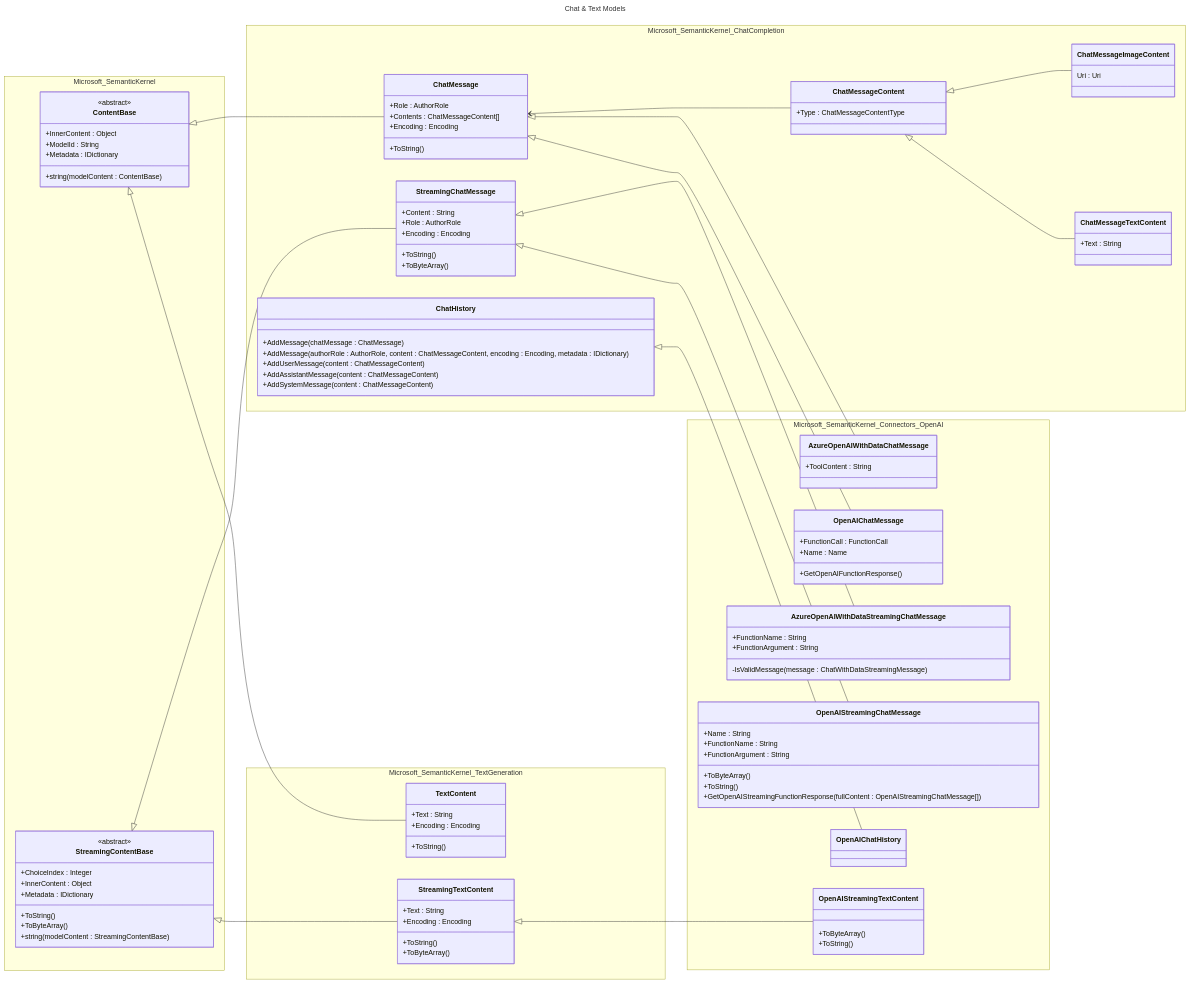
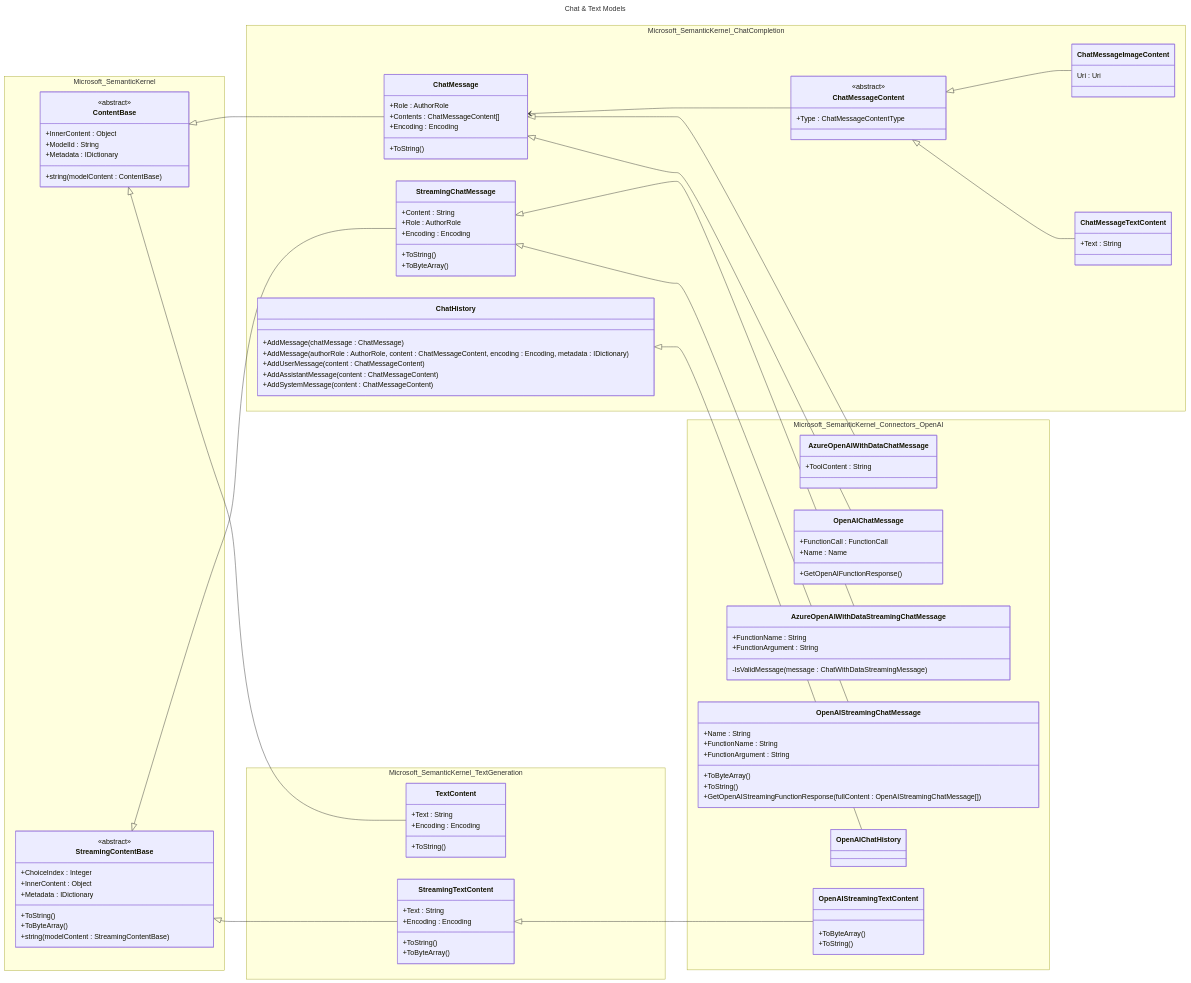
One commit to microsoft/semantic-kernel changed the diagram in docs/decisions/diagrams/chat-text-models-option-1.mmd. Above: the diagram before and after it, drawn with Mermaid. The commit also changed 4 other files, not shown here.

```diff
--- a/docs/decisions/diagrams/chat-text-models-option-1.mmd
+++ b/docs/decisions/diagrams/chat-text-models-option-1.mmd
@@ -1,128 +1,129 @@
 ---
 title: Chat & Text Models
 ---
 classDiagram
     %% Use https://mermaid.live/ to preview this diagram. The VS Code extension does not handle namespaces.
     direction LR
 
     namespace Microsoft_SemanticKernel {
         class ContentBase {
             <<abstract>>
             +InnerContent : Object
             +ModelId : String
             +Metadata : IDictionary
             +string(modelContent : ContentBase)
         }
 
         class StreamingContentBase {
             <<abstract>>
             +ChoiceIndex : Integer
             +InnerContent : Object
             +Metadata : IDictionary
             +ToString()
             +ToByteArray()
             +string(modelContent : StreamingContentBase)
         }
     }
 
     namespace Microsoft_SemanticKernel_TextGeneration {
         class TextContent {
             +Text : String
             +Encoding : Encoding
             +ToString()
         }
 
         class StreamingTextContent {
             +Text : String
             +Encoding : Encoding
             +ToString()
             +ToByteArray()
         }
     }
 
     namespace Microsoft_SemanticKernel_ChatCompletion {
         class ChatMessage {
             +Role : AuthorRole
             +Contents : ChatMessageContent[]
             +Encoding : Encoding
             +ToString()
         }
 
         class ChatMessageContent {
+            <<abstract>>
             +Type : ChatMessageContentType
         }
 
         class StreamingChatMessage {
             +Content : String
             +Role : AuthorRole
             +Encoding : Encoding
             +ToString()
             +ToByteArray()
         }
 
         class ChatHistory {
             +AddMessage(chatMessage : ChatMessage)
             +AddMessage(authorRole : AuthorRole, content : ChatMessageContent, encoding : Encoding, metadata : IDictionary)
             +AddUserMessage(content : ChatMessageContent)
             +AddAssistantMessage(content : ChatMessageContent)
             +AddSystemMessage(content : ChatMessageContent)
         }
 
         class ChatMessageTextContent {
             +Text : String
         }
 
         class ChatMessageImageContent {
             Uri : Uri
         }
     }
 
     namespace Microsoft_SemanticKernel_Connectors_OpenAI {
         class OpenAIChatMessage {
             +FunctionCall : FunctionCall
             +Name : Name
             +GetOpenAIFunctionResponse()
         }
 
         class AzureOpenAIWithDataChatMessage {
             +ToolContent : String
         }
 
         class OpenAIStreamingTextContent {
             +ToByteArray()
             +ToString()
         }
 
         class OpenAIStreamingChatMessage {
             +Name : String
             +FunctionName : String
             +FunctionArgument : String
             +ToByteArray()
             +ToString()
             +GetOpenAIStreamingFunctionResponse(fullContent : OpenAIStreamingChatMessage[])
         }
 
         class AzureOpenAIWithDataStreamingChatMessage {
             +FunctionName : String
             +FunctionArgument : String
             -IsValidMessage(message : ChatWithDataStreamingMessage)
         }
 
         class OpenAIChatHistory {
 
         }
     }
 
     ContentBase <|-- TextContent
     ContentBase <|-- ChatMessage
     ChatMessage <|-- OpenAIChatMessage
     ChatMessage <|-- AzureOpenAIWithDataChatMessage
     StreamingContentBase <|-- StreamingTextContent
     StreamingTextContent <|-- OpenAIStreamingTextContent
     StreamingContentBase <|-- StreamingChatMessage
     StreamingChatMessage <|-- OpenAIStreamingChatMessage
     StreamingChatMessage <|-- AzureOpenAIWithDataStreamingChatMessage
     ChatHistory <|-- OpenAIChatHistory
     ChatMessage <-- ChatMessageContent
     ChatMessageContent <|-- ChatMessageTextContent
     ChatMessageContent <|-- ChatMessageImageContent
```
